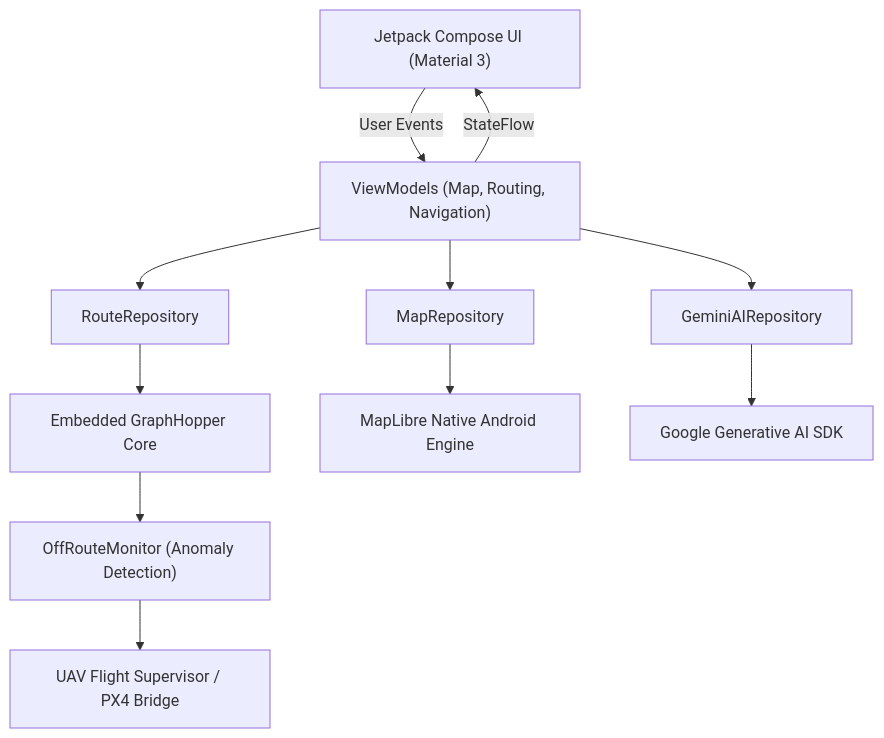
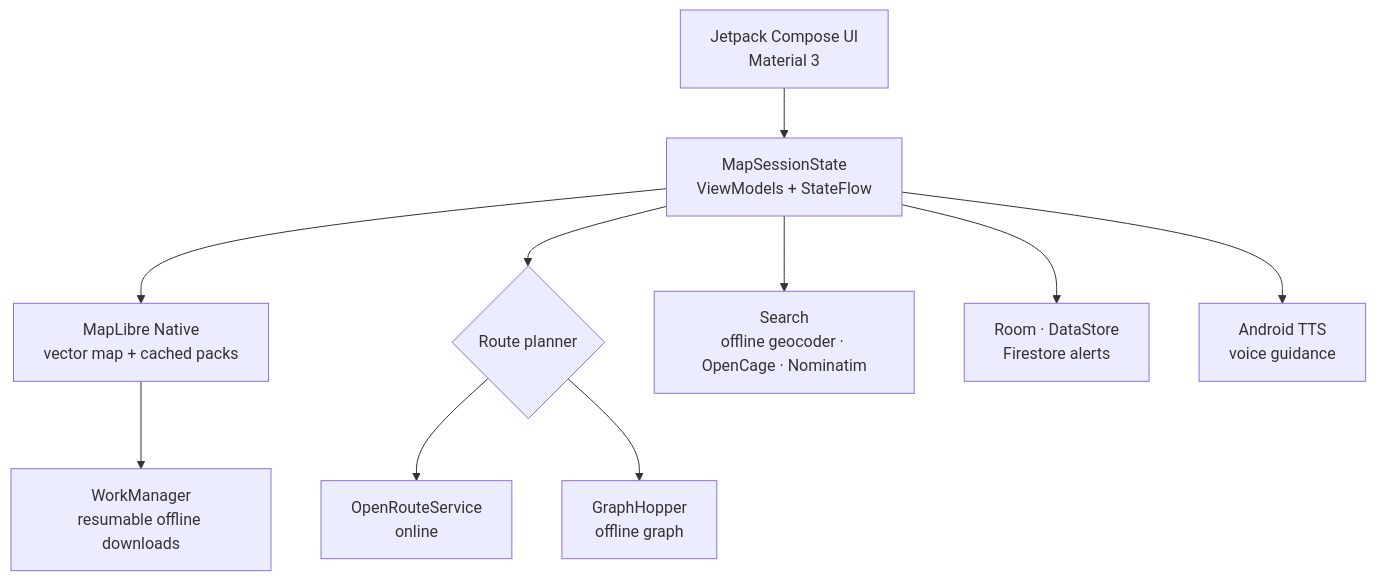
One commit to AhmadHasssan9181/Waffle changed the diagram in README.md. Above: the diagram before and after it, drawn with Mermaid. The commit also changed other lines of this file and 6 other files, not shown here.

````diff
--- a/README.md
+++ b/README.md
@@ -94,16 +179,12 @@
 ```mermaid
-graph TD
-    UI["Jetpack Compose UI (Material 3)"] --> |User Events| VM["ViewModels (Map, Routing, Navigation)"]
-    VM --> |StateFlow| UI
-    
-    VM --> RouteRepo["RouteRepository"]
-    VM --> MapRepo["MapRepository"]
-    VM --> AIRepo["GeminiAIRepository"]
-    
-    RouteRepo --> GH["Embedded GraphHopper Core"]
-    MapRepo --> ML["MapLibre Native Android Engine"]
-    AIRepo --> Gemini["Google Generative AI SDK"]
-    
-    GH --> OffRoute["OffRouteMonitor (Anomaly Detection)"]
-    OffRoute --> Hardware["UAV Flight Supervisor / PX4 Bridge"]
+flowchart TB
+    UI["Jetpack Compose UI<br/>Material 3"] --> State["MapSessionState<br/>ViewModels + StateFlow"]
+    State --> Map["MapLibre Native<br/>vector map + cached packs"]
+    State --> Routing{"Route planner"}
+    Routing --> ORS["OpenRouteService<br/>online"]
+    Routing --> GH["GraphHopper<br/>offline graph"]
+    State --> Search["Search<br/>offline geocoder · OpenCage · Nominatim"]
+    State --> Data["Room · DataStore<br/>Firestore alerts"]
+    State --> Voice["Android TTS<br/>voice guidance"]
+    Map --> Packs["WorkManager<br/>resumable offline downloads"]
 ```
````
